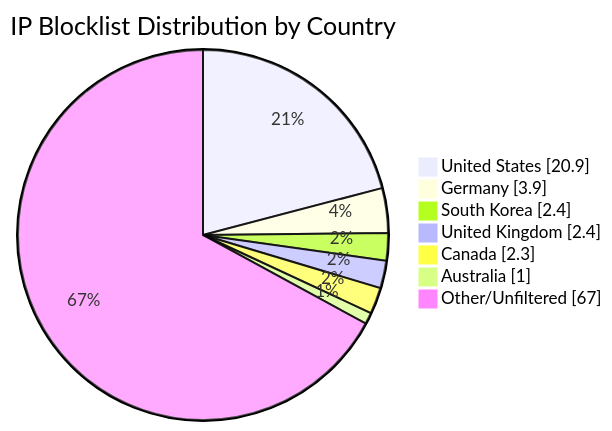
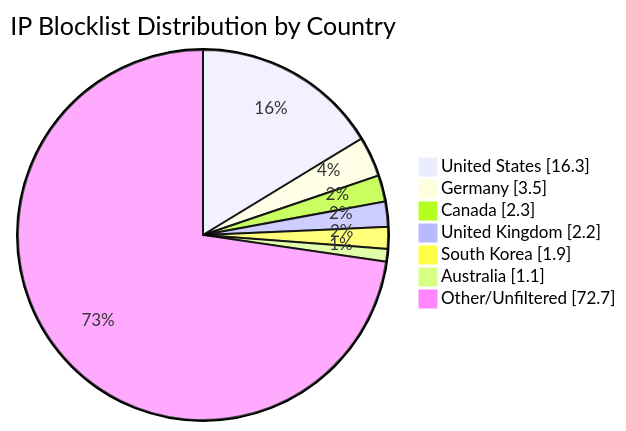
One commit to MarcusHoltz/ipblocklist-geofiltered-aggregator changed the diagram in README.md. Above: the diagram before and after it, drawn with Mermaid. The commit also changed other lines of this file and 9 other files, not shown here.

````diff
--- a/README.md
+++ b/README.md
@@ -34,10 +34,10 @@
 ```mermaid
 pie showData title IP Blocklist Distribution by Country
-"United States" : 20.9
-"Germany" : 3.9
-"South Korea" : 2.4
-"United Kingdom" : 2.4
+"United States" : 16.3
+"Germany" : 3.5
 "Canada" : 2.3
-"Australia" : 1.0
-"Other/Unfiltered" : 67.0
+"United Kingdom" : 2.2
+"South Korea" : 1.9
+"Australia" : 1.1
+"Other/Unfiltered" : 72.7
 ```
````
